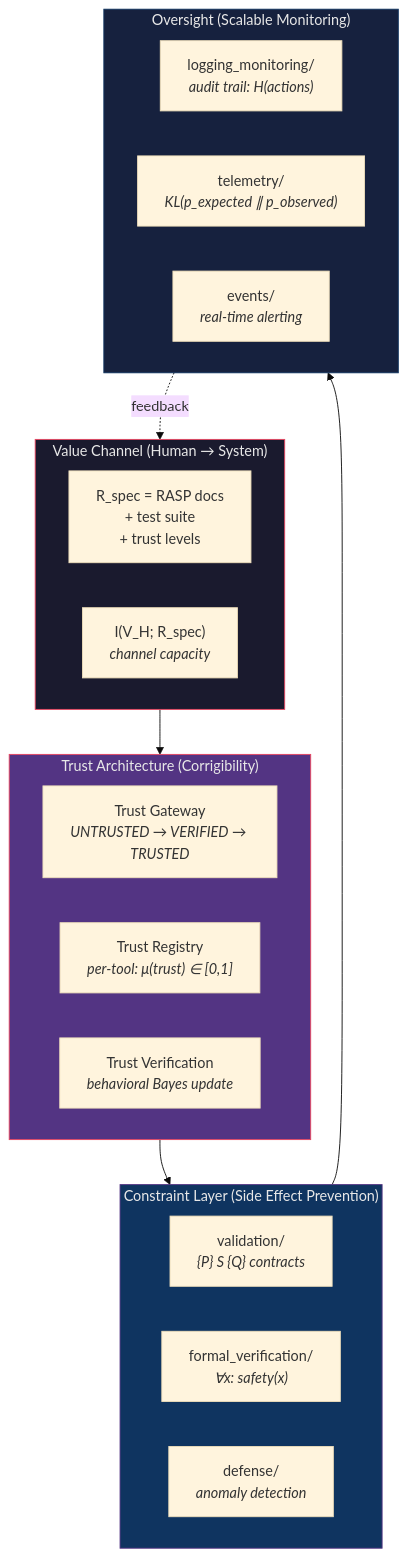
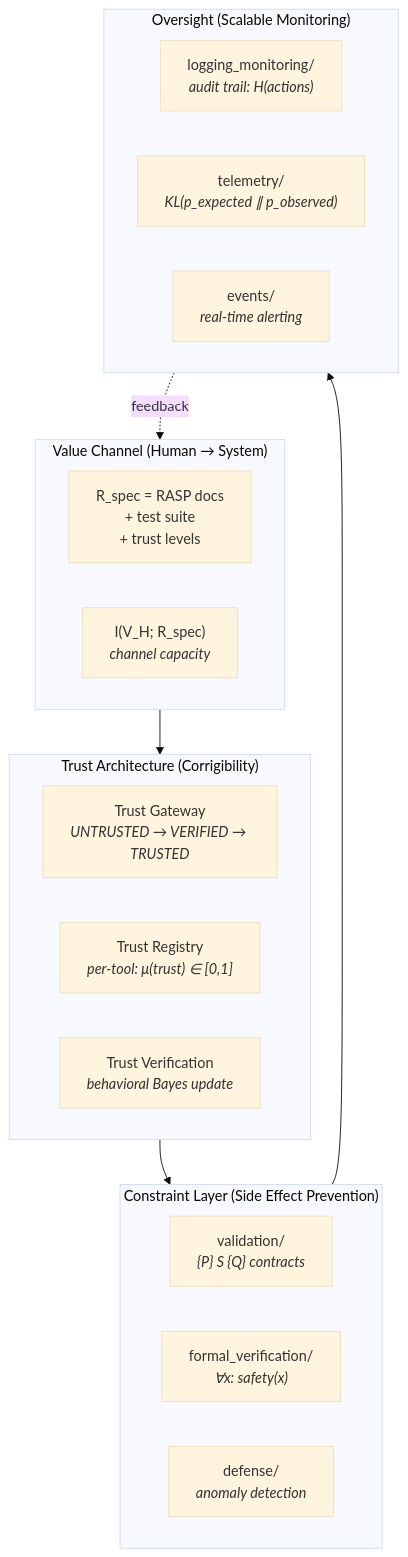
Before and after one commit to docxology/codomyrmex: the diagram in docs/agi/alignment_and_safety.md, drawn with Mermaid (base theme). The commit also changed 86 other files, not shown here.

````diff
--- a/docs/agi/alignment_and_safety.md
+++ b/docs/agi/alignment_and_safety.md
@@ -19,33 +19,28 @@
 ```mermaid
 graph TB
     subgraph VALUE_CHANNEL["Value Channel (Human → System)"]
         SPEC["R_spec = RASP docs<br/>+ test suite<br/>+ trust levels"]
         LOSS["I(V_H; R_spec)<br/><i>channel capacity</i>"]
     end
 
     subgraph TRUST["Trust Architecture (Corrigibility)"]
         TG["Trust Gateway<br/><i>UNTRUSTED → VERIFIED → TRUSTED</i>"]
         TR["Trust Registry<br/><i>per-tool: μ(trust) ∈ [0,1]</i>"]
         TV["Trust Verification<br/><i>behavioral Bayes update</i>"]
     end
 
     subgraph CONSTRAINT["Constraint Layer (Side Effect Prevention)"]
         VALID["validation/<br/><i>{P} S {Q} contracts</i>"]
         FORMAL["formal_verification/<br/><i>∀x: safety(x)</i>"]
         DEFENSE["defense/<br/><i>anomaly detection</i>"]
     end
 
     subgraph OVERSIGHT["Oversight (Scalable Monitoring)"]
         LOG["logging_monitoring/<br/><i>audit trail: H(actions)</i>"]
         TELEM["telemetry/<br/><i>KL(p_expected ∥ p_observed)</i>"]
         EVENTS["events/<br/><i>real-time alerting</i>"]
     end
 
     VALUE_CHANNEL --> TRUST --> CONSTRAINT --> OVERSIGHT
     OVERSIGHT -.->|"feedback"| VALUE_CHANNEL
-
-    style VALUE_CHANNEL fill:#1a1a2e,stroke:#e94560,color:#e8e8e8
-    style TRUST fill:#533483,stroke:#e94560,color:#e8e8e8
-    style CONSTRAINT fill:#0f3460,stroke:#533483,color:#e8e8e8
-    style OVERSIGHT fill:#16213e,stroke:#0f3460,color:#e8e8e8
 ```
````
